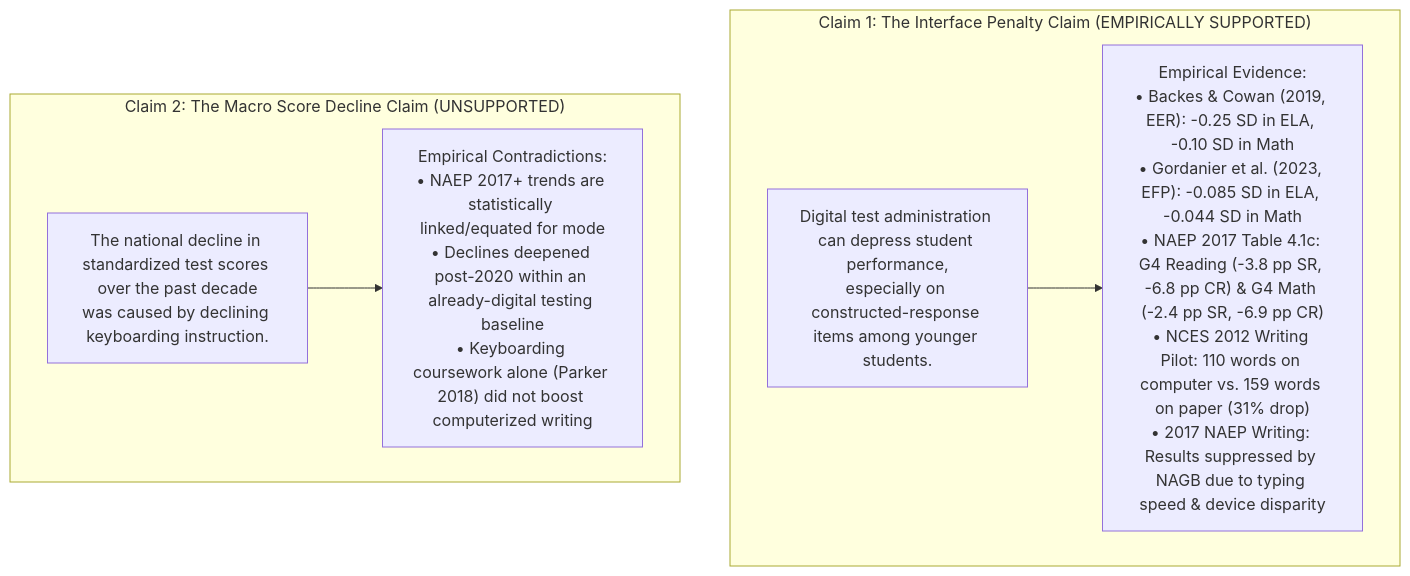
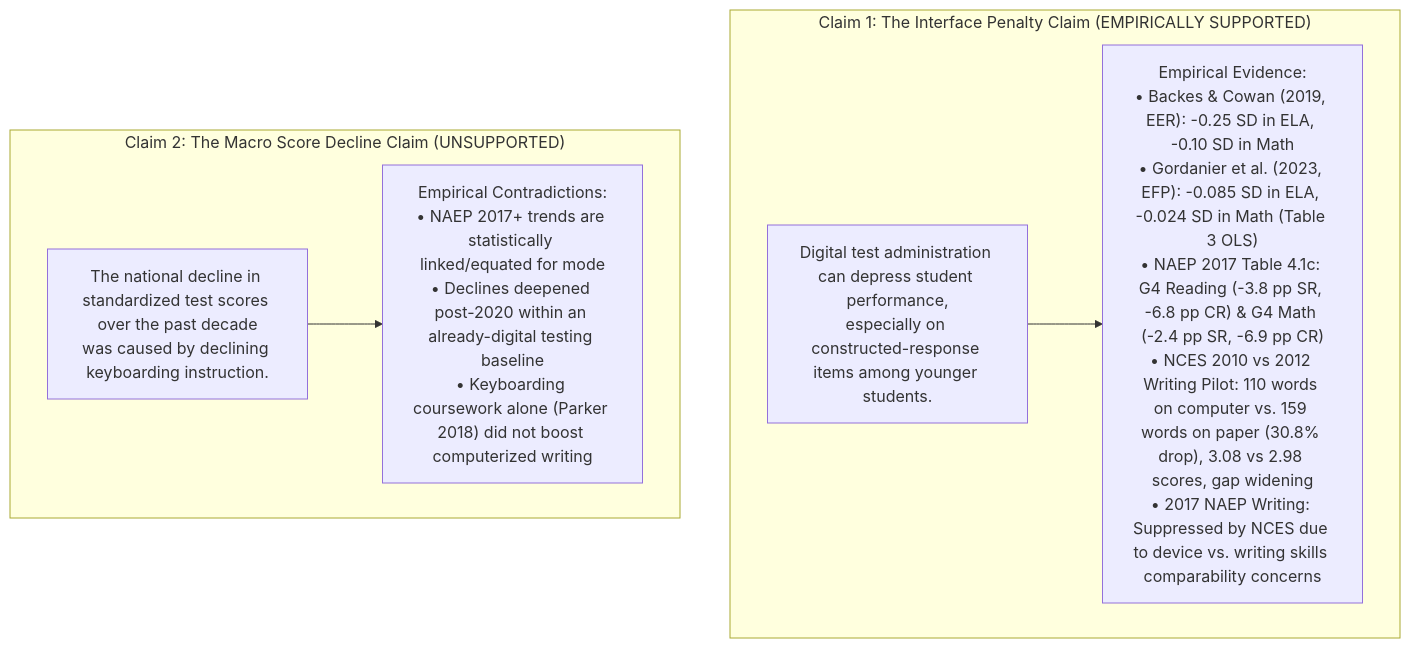
Before and after one commit to admiralorbiter/computational-sketchbook: the first of 2 diagrams in 2026/2026-10-09-keyboarding-mode-effects/docs/research_design.md, drawn with Mermaid. The commit also changed other lines of this file and 20 other files, not shown here.

Commit message:
audit(mode-effects): reconcile Round 3 review (NAEP Math SEs, SC Math OLS, writing pilot score distribution)

````diff
--- a/2026/2026-10-09-keyboarding-mode-effects/docs/research_design.md
+++ b/2026/2026-10-09-keyboarding-mode-effects/docs/research_design.md
@@ -22,14 +22,14 @@
 ```mermaid
 flowchart TD
     subgraph Claim1["Claim 1: The Interface Penalty Claim (EMPIRICALLY SUPPORTED)"]
         C1["Digital test administration can depress student performance,\nespecially on constructed-response items among younger students."]
-        E1["Empirical Evidence:\n• Backes & Cowan (2019, EER): -0.25 SD in ELA, -0.10 SD in Math\n• Gordanier et al. (2023, EFP): -0.085 SD in ELA, -0.044 SD in Math\n• NAEP 2017 Table 4.1c: G4 Reading (-3.8 pp SR, -6.8 pp CR) & G4 Math (-2.4 pp SR, -6.9 pp CR)\n• NCES 2012 Writing Pilot: 110 words on computer vs. 159 words on paper (31% drop)\n• 2017 NAEP Writing: Results suppressed by NAGB due to typing speed & device disparity"]
+        E1["Empirical Evidence:\n• Backes & Cowan (2019, EER): -0.25 SD in ELA, -0.10 SD in Math\n• Gordanier et al. (2023, EFP): -0.085 SD in ELA, -0.024 SD in Math (Table 3 OLS)\n• NAEP 2017 Table 4.1c: G4 Reading (-3.8 pp SR, -6.8 pp CR) & G4 Math (-2.4 pp SR, -6.9 pp CR)\n• NCES 2010 vs 2012 Writing Pilot: 110 words on computer vs. 159 words on paper (30.8% drop), 3.08 vs 2.98 scores, gap widening\n• 2017 NAEP Writing: Suppressed by NCES due to device vs. writing skills comparability concerns"]
         C1 --> E1
     end
 
     subgraph Claim2["Claim 2: The Macro Score Decline Claim (UNSUPPORTED)"]
         C2["The national decline in standardized test scores over the past decade\nwas caused by declining keyboarding instruction."]
         E2["Empirical Contradictions:\n• NAEP 2017+ trends are statistically linked/equated for mode\n• Declines deepened post-2020 within an already-digital testing baseline\n• Keyboarding coursework alone (Parker 2018) did not boost computerized writing"]
         C2 --> E2
     end
 ```
````
